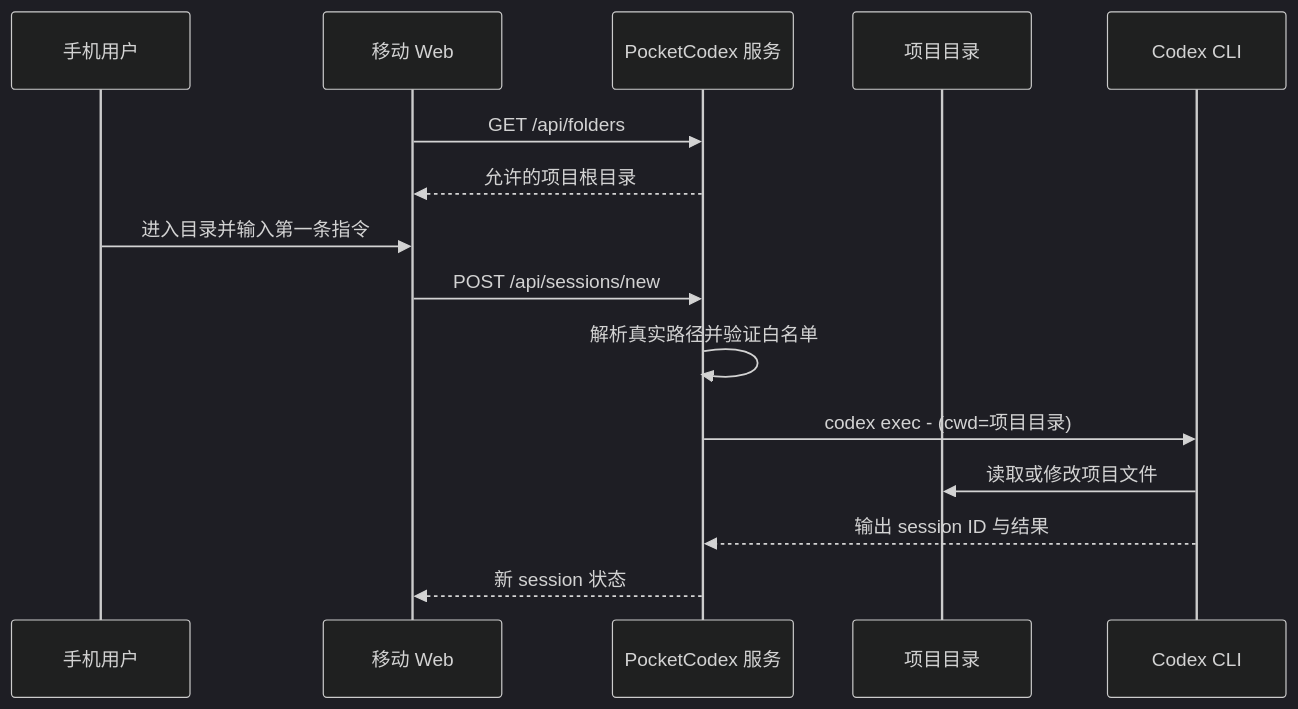
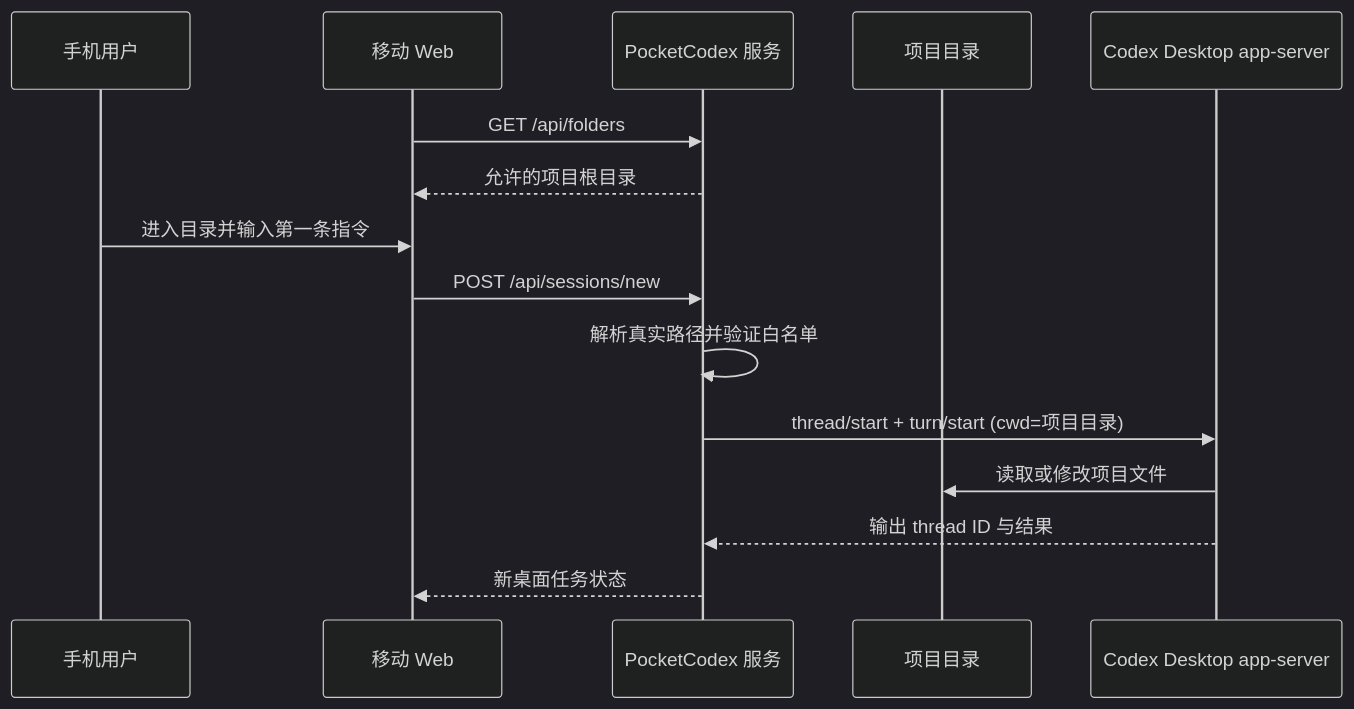
One commit to wanlixing-dream/Pocket-Codex changed the third of 4 diagrams in docs/ARCHITECTURE.md. Above: the diagram before and after it, drawn with Mermaid (dark theme). The commit also changed other lines of this file and 9 other files, not shown here.

````diff
--- a/docs/ARCHITECTURE.md
+++ b/docs/ARCHITECTURE.md
@@ -137,18 +151,18 @@
 ```mermaid
 sequenceDiagram
     participant U as 手机用户
     participant W as 移动 Web
     participant S as PocketCodex 服务
     participant D as 项目目录
-    participant C as Codex CLI
+    participant C as Codex Desktop app-server
 
     W->>S: GET /api/folders
     S-->>W: 允许的项目根目录
     U->>W: 进入目录并输入第一条指令
     W->>S: POST /api/sessions/new
     S->>S: 解析真实路径并验证白名单
-    S->>C: codex exec - (cwd=项目目录)
+    S->>C: thread/start + turn/start (cwd=项目目录)
     C->>D: 读取或修改项目文件
-    C-->>S: 输出 session ID 与结果
-    S-->>W: 新 session 状态
+    C-->>S: 输出 thread ID 与结果
+    S-->>W: 新桌面任务状态
 ```
````
